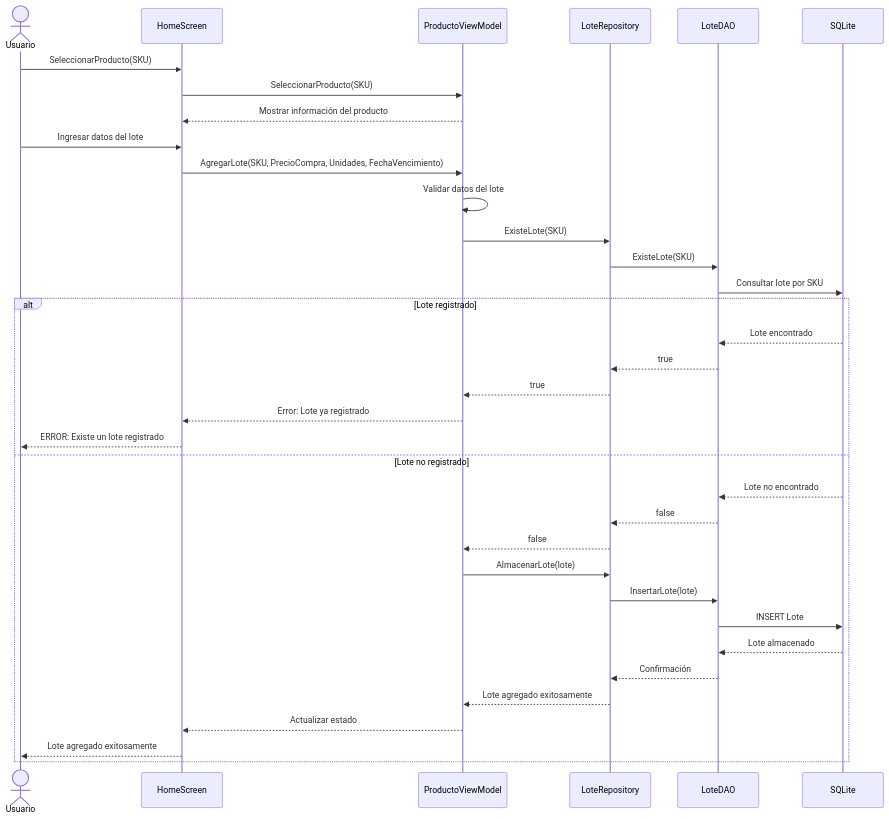
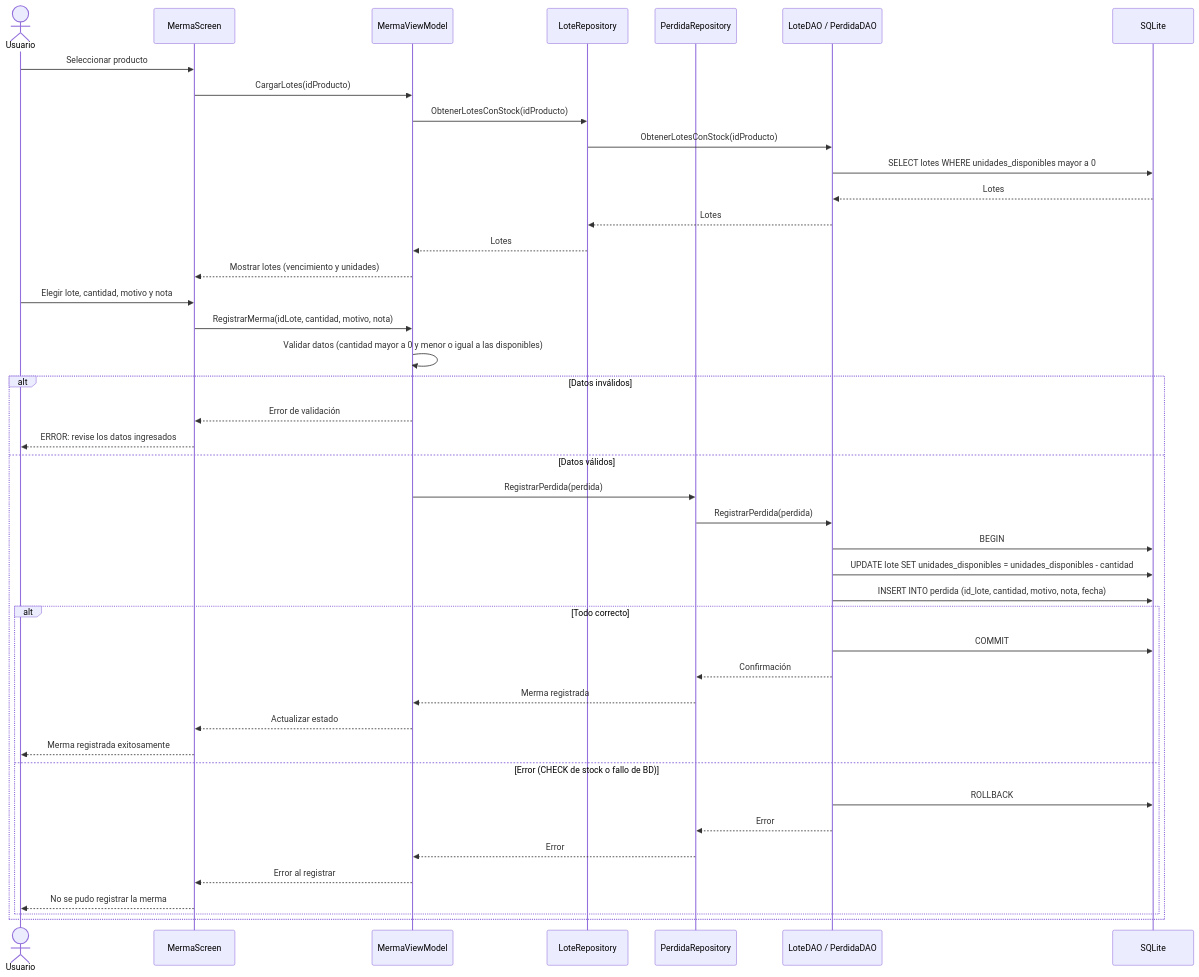
One commit to CokkeDev/Mi-Negocio changed the fifth of 5 diagrams in README.md. Above: the diagram before and after it, drawn with Mermaid. The commit also changed other lines of this file, not shown here.

Commit message:
docs:readme, modifique ER add SKU Unikey, int activo : 1 active, 0 disable, Modifique Imagen_producto for URL_imagen,add new diagrams especifique new funcionalities

````diff
--- a/README.md
+++ b/README.md
@@ -182,42 +285,49 @@
 ```mermaid
 sequenceDiagram
     actor Usuario
-    participant View as HomeScreen
-    participant VM as ProductoViewModel
-    participant Repo as LoteRepository
-    participant DAO as LoteDAO
+    participant View as MermaScreen
+    participant VM as MermaViewModel
+    participant LRepo as LoteRepository
+    participant PRepo as PerdidaRepository
+    participant DAO as LoteDAO / PerdidaDAO
     participant DB as SQLite
 
-    Usuario->>View: SeleccionarProducto(SKU)
-    View->>VM: SeleccionarProducto(SKU)
-    VM-->>View: Mostrar información del producto
+    Usuario->>View: Seleccionar producto
+    View->>VM: CargarLotes(idProducto)
+    VM->>LRepo: ObtenerLotesConStock(idProducto)
+    LRepo->>DAO: ObtenerLotesConStock(idProducto)
+    DAO->>DB: SELECT lotes WHERE unidades_disponibles mayor a 0
+    DB-->>DAO: Lotes
+    DAO-->>LRepo: Lotes
+    LRepo-->>VM: Lotes
+    VM-->>View: Mostrar lotes (vencimiento y unidades)
 
-    Usuario->>View: Ingresar datos del lote
-    View->>VM: AgregarLote(SKU, PrecioCompra, Unidades, FechaVencimiento)
+    Usuario->>View: Elegir lote, cantidad, motivo y nota
+    View->>VM: RegistrarMerma(idLote, cantidad, motivo, nota)
+    VM->>VM: Validar datos (cantidad mayor a 0 y menor o igual a las disponibles)
 
-    VM->>VM: Validar datos del lote
-    VM->>Repo: ExisteLote(SKU)
-    Repo->>DAO: ExisteLote(SKU)
-    DAO->>DB: Consultar lote por SKU
+    alt Datos inválidos
+        VM-->>View: Error de validación
+        View-->>Usuario: ERROR: revise los datos ingresados
+    else Datos válidos
+        VM->>PRepo: RegistrarPerdida(perdida)
+        PRepo->>DAO: RegistrarPerdida(perdida)
+        DAO->>DB: BEGIN
+        DAO->>DB: UPDATE lote SET unidades_disponibles = unidades_disponibles - cantidad
+        DAO->>DB: INSERT INTO perdida (id_lote, cantidad, motivo, nota, fecha)
 
-    alt Lote registrado
-        DB-->>DAO: Lote encontrado
-        DAO-->>Repo: true
-        Repo-->>VM: true
-        VM-->>View: Error: Lote ya registrado
-        View-->>Usuario: ERROR: Existe un lote registrado
-    else Lote no registrado
-        DB-->>DAO: Lote no encontrado
-        DAO-->>Repo: false
-        Repo-->>VM: false
-
-        VM->>Repo: AlmacenarLote(lote)
-        Repo->>DAO: InsertarLote(lote)
-        DAO->>DB: INSERT Lote
-        DB-->>DAO: Lote almacenado
-        DAO-->>Repo: Confirmación
-        Repo-->>VM: Lote agregado exitosamente
-        VM-->>View: Actualizar estado
-        View-->>Usuario: Lote agregado exitosamente
+        alt Todo correcto
+            DAO->>DB: COMMIT
+            DAO-->>PRepo: Confirmación
+            PRepo-->>VM: Merma registrada
+            VM-->>View: Actualizar estado
+            View-->>Usuario: Merma registrada exitosamente
+        else Error (CHECK de stock o fallo de BD)
+            DAO->>DB: ROLLBACK
+            DAO-->>PRepo: Error
+            PRepo-->>VM: Error
+            VM-->>View: Error al registrar
+            View-->>Usuario: No se pudo registrar la merma
+        end
     end
 ```
````
